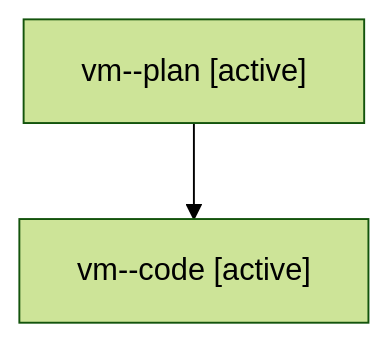
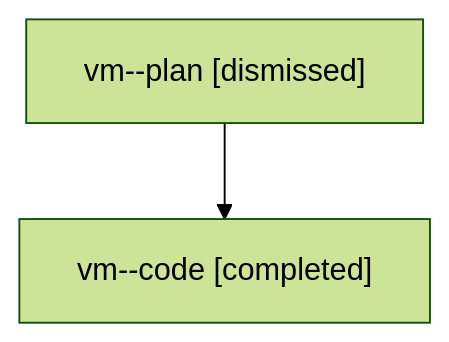
Before and after one commit to sase-org/sase--agents: the diagram in families/bbugyi200.athena.vm.md, drawn with Mermaid (forest theme). The commit also changed other lines of this file and 1506 other files, not shown here.

````diff
--- a/families/bbugyi200.athena.vm.md
+++ b/families/bbugyi200.athena.vm.md
@@ -9,6 +9,6 @@
 ```mermaid
 flowchart TD
-  n0["vm--plan [active]"]
-  n1["vm--code [active]"]
+  n0["vm--plan [dismissed]"]
+  n1["vm--code [completed]"]
   n0 --> n1
 ```
````
